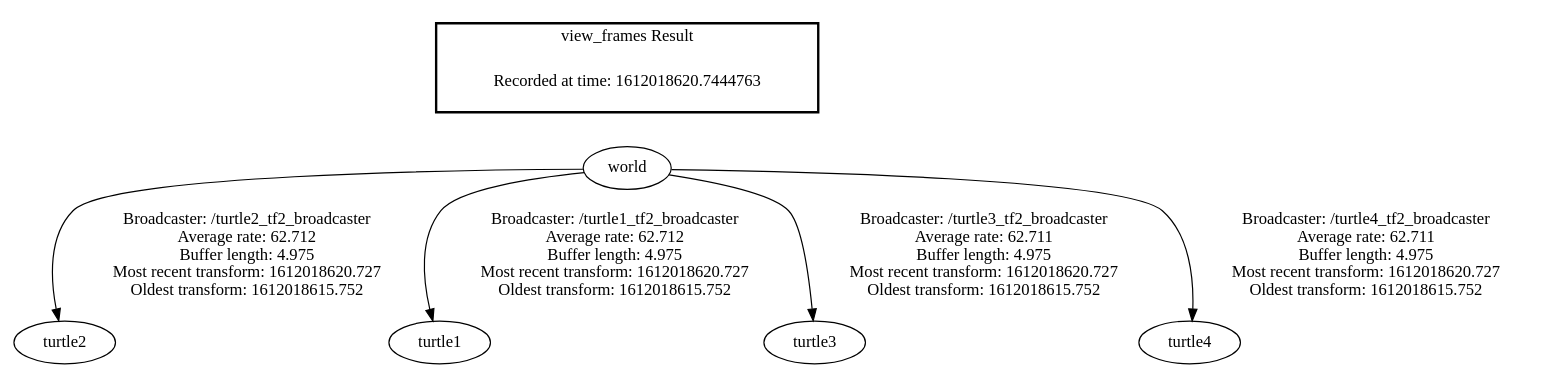
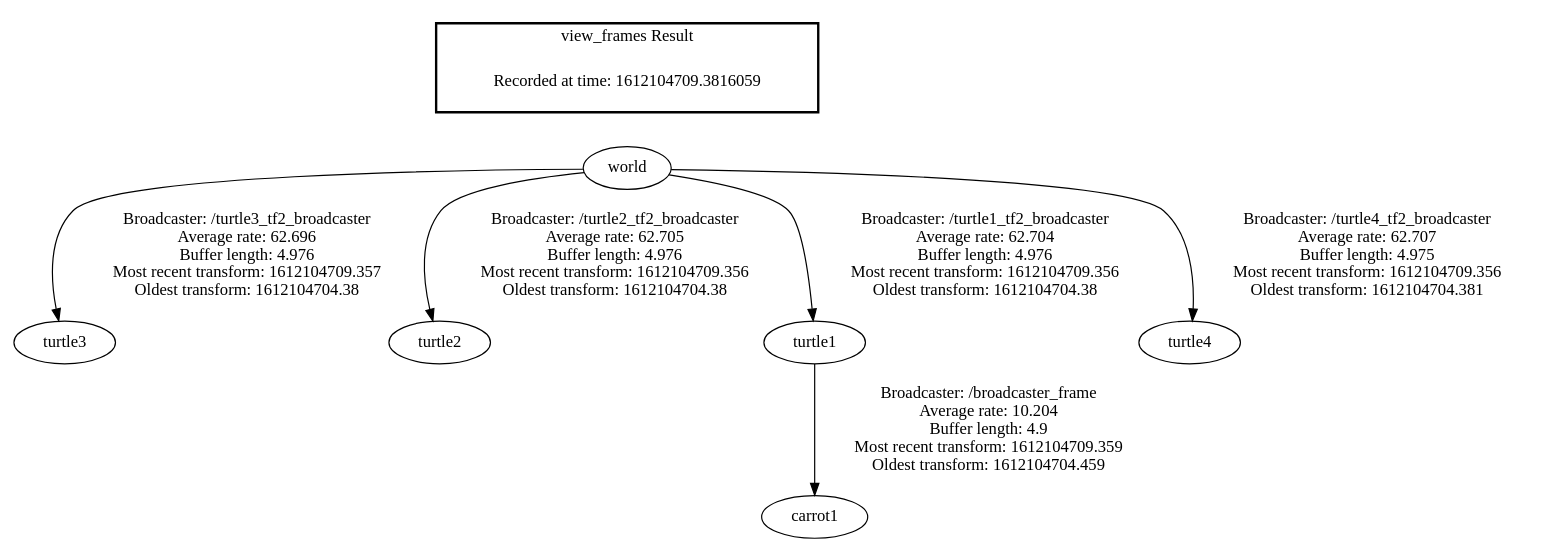
One commit to PapaBear4/learnROScpp changed the diagram in frames.gv. Above: the diagram before and after it, drawn with Graphviz. The commit also changed 40 other files, not shown here.

```diff
--- a/frames.gv
+++ b/frames.gv
@@ -1,10 +1,11 @@
 digraph G {
-"world" -> "turtle2"[label=" Broadcaster: /turtle2_tf2_broadcaster\nAverage rate: 62.712\nBuffer length: 4.975\nMost recent transform: 1612018620.727\nOldest transform: 1612018615.752\n"];
-"world" -> "turtle1"[label=" Broadcaster: /turtle1_tf2_broadcaster\nAverage rate: 62.712\nBuffer length: 4.975\nMost recent transform: 1612018620.727\nOldest transform: 1612018615.752\n"];
-"world" -> "turtle3"[label=" Broadcaster: /turtle3_tf2_broadcaster\nAverage rate: 62.711\nBuffer length: 4.975\nMost recent transform: 1612018620.727\nOldest transform: 1612018615.752\n"];
-"world" -> "turtle4"[label=" Broadcaster: /turtle4_tf2_broadcaster\nAverage rate: 62.711\nBuffer length: 4.975\nMost recent transform: 1612018620.727\nOldest transform: 1612018615.752\n"];
+"world" -> "turtle3"[label=" Broadcaster: /turtle3_tf2_broadcaster\nAverage rate: 62.696\nBuffer length: 4.976\nMost recent transform: 1612104709.357\nOldest transform: 1612104704.38\n"];
+"world" -> "turtle2"[label=" Broadcaster: /turtle2_tf2_broadcaster\nAverage rate: 62.705\nBuffer length: 4.976\nMost recent transform: 1612104709.356\nOldest transform: 1612104704.38\n"];
+"world" -> "turtle1"[label=" Broadcaster: /turtle1_tf2_broadcaster\nAverage rate: 62.704\nBuffer length: 4.976\nMost recent transform: 1612104709.356\nOldest transform: 1612104704.38\n"];
+"world" -> "turtle4"[label=" Broadcaster: /turtle4_tf2_broadcaster\nAverage rate: 62.707\nBuffer length: 4.975\nMost recent transform: 1612104709.356\nOldest transform: 1612104704.381\n"];
+"turtle1" -> "carrot1"[label=" Broadcaster: /broadcaster_frame\nAverage rate: 10.204\nBuffer length: 4.9\nMost recent transform: 1612104709.359\nOldest transform: 1612104704.459\n"];
 edge [style=invis];
  subgraph cluster_legend { style=bold; color=black; label ="view_frames Result";
-"Recorded at time: 1612018620.7444763"[ shape=plaintext ] ;
+"Recorded at time: 1612104709.3816059"[ shape=plaintext ] ;
 }->"world";
 }
```
